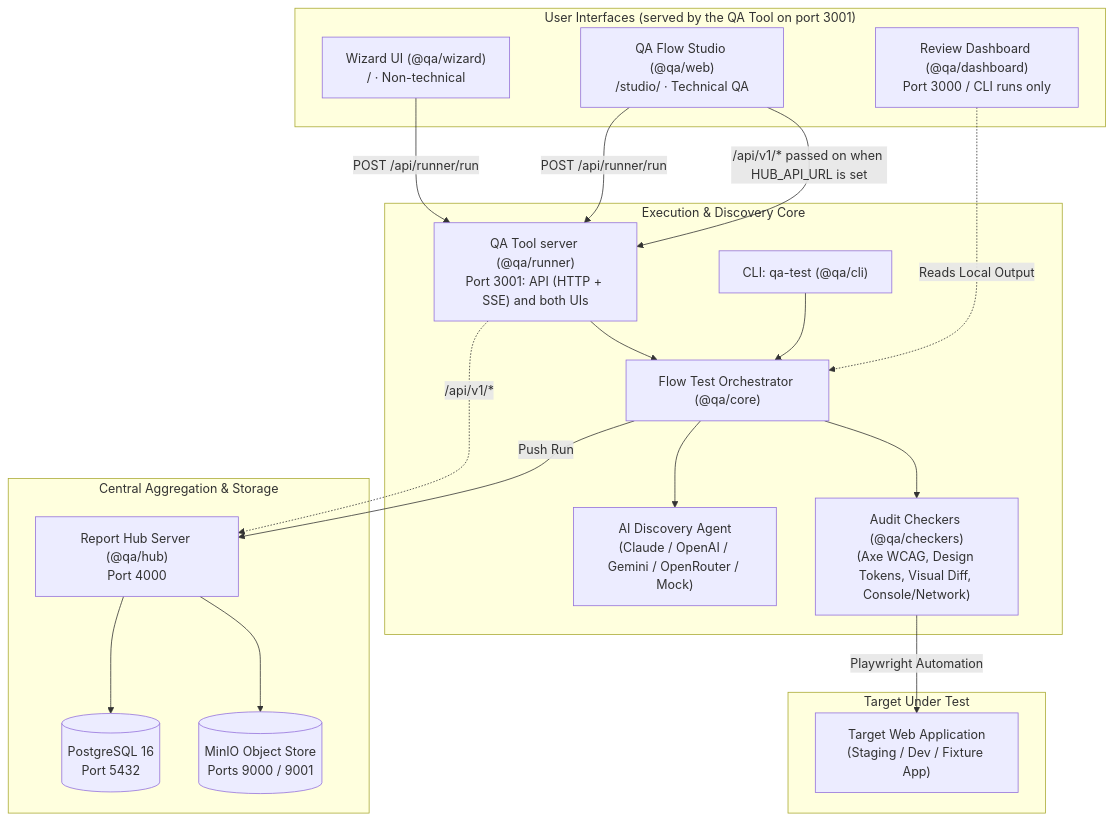
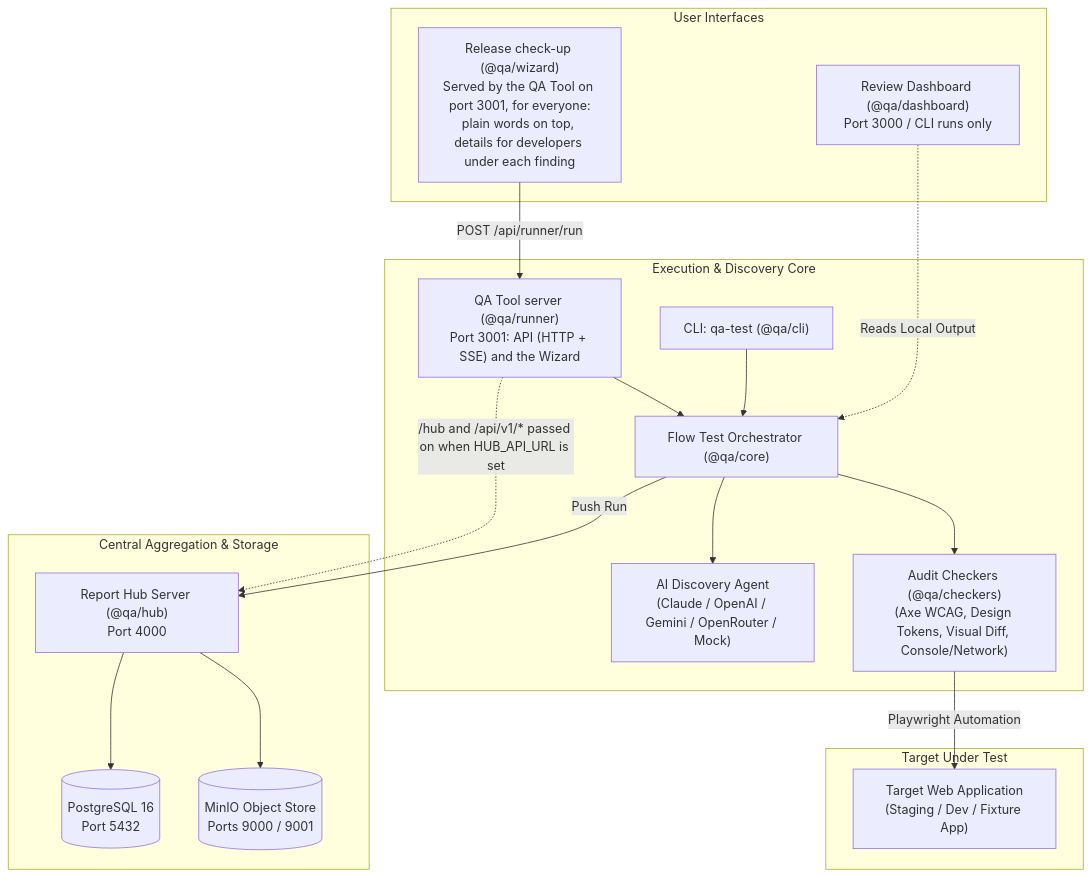
The diagram in README.md (CJCreator-New/flowtester), drawn with Mermaid before and after one commit. The commit also changed other lines of this file and 108 other files, not shown here.

Commit message:
feat: implement core QA orchestration engine, runner server, and interactive wizard UI

````diff
--- a/README.md
+++ b/README.md
@@ -41,40 +41,37 @@
 ```mermaid
 flowchart TD
-    subgraph UI ["User Interfaces (served by the QA Tool on port 3001)"]
-        Wizard["Wizard UI (@qa/wizard)\n/ · Non-technical"]
-        Studio["QA Flow Studio (@qa/web)\n/studio/ · Technical QA"]
+    subgraph UI ["User Interfaces"]
+        Wizard["Release check-up (@qa/wizard)\nServed by the QA Tool on port 3001, for everyone:\nplain words on top, details for developers under each finding"]
         LocalDash["Review Dashboard (@qa/dashboard)\nPort 3000 / CLI runs only"]
     end
 
     subgraph CoreEngine ["Execution & Discovery Core"]
         CLI["CLI: qa-test (@qa/cli)"]
-        Runner["QA Tool server (@qa/runner)\nPort 3001: API (HTTP + SSE) and both UIs"]
+        Runner["QA Tool server (@qa/runner)\nPort 3001: API (HTTP + SSE) and the Wizard"]
         Orchestrator["Flow Test Orchestrator (@qa/core)"]
         AI["AI Discovery Agent\n(Claude / OpenAI / Gemini / OpenRouter / Mock)"]
         Checkers["Audit Checkers (@qa/checkers)\n(Axe WCAG, Design Tokens, Visual Diff, Console/Network)"]
     end
 
     subgraph HubLayer ["Central Aggregation & Storage"]
         Hub["Report Hub Server (@qa/hub)\nPort 4000"]
         Postgres[(PostgreSQL 16\nPort 5432)]
         MinIO[(MinIO Object Store\nPorts 9000 / 9001)]
     end
 
     subgraph Target ["Target Under Test"]
         App["Target Web Application\n(Staging / Dev / Fixture App)"]
     end
 
     Wizard -->|POST /api/runner/run| Runner
-    Studio -->|POST /api/runner/run| Runner
-    Studio -->|/api/v1/* passed on when HUB_API_URL is set| Runner
-    Runner -.->|/api/v1/*| Hub
+    Runner -.->|/hub and /api/v1/* passed on when HUB_API_URL is set| Hub
     Runner --> Orchestrator
     CLI --> Orchestrator
     Orchestrator --> AI
     Orchestrator --> Checkers
     Checkers -->|Playwright Automation| App
     Orchestrator -->|Push Run| Hub
     Hub --> Postgres
     Hub --> MinIO
     LocalDash -.->|Reads Local Output| Orchestrator
 ```
````
